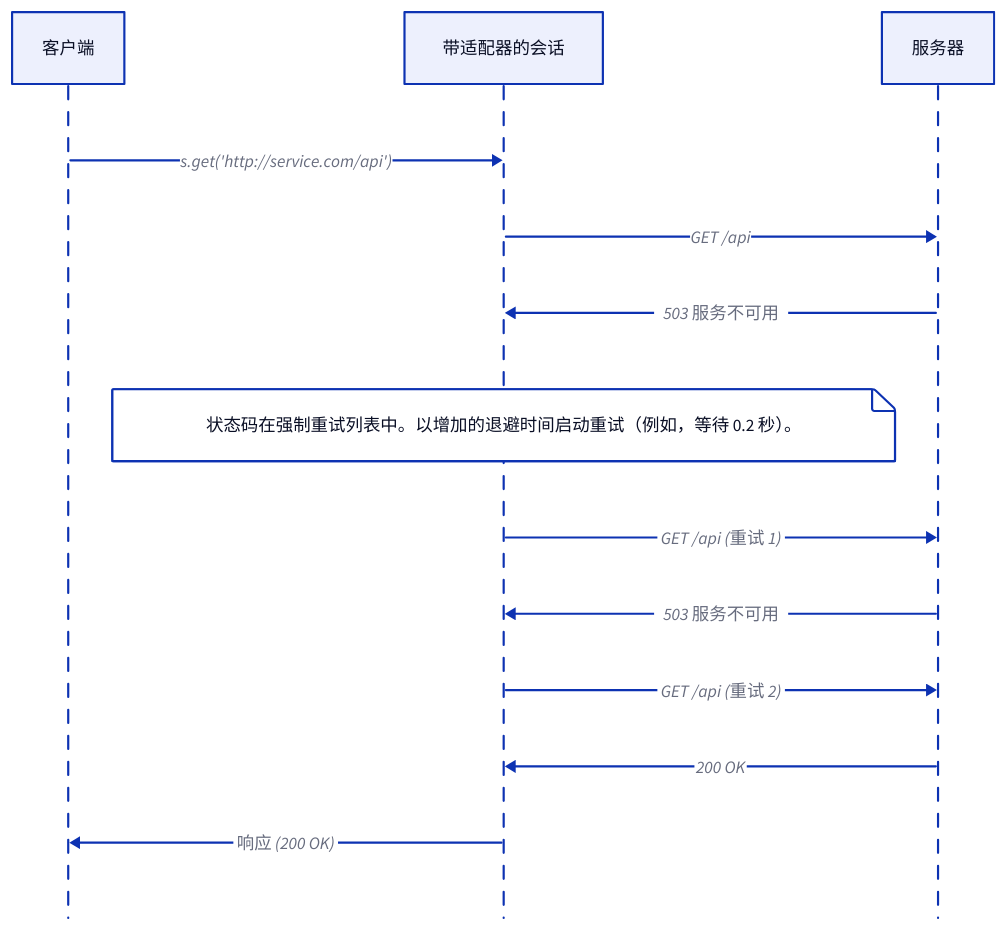
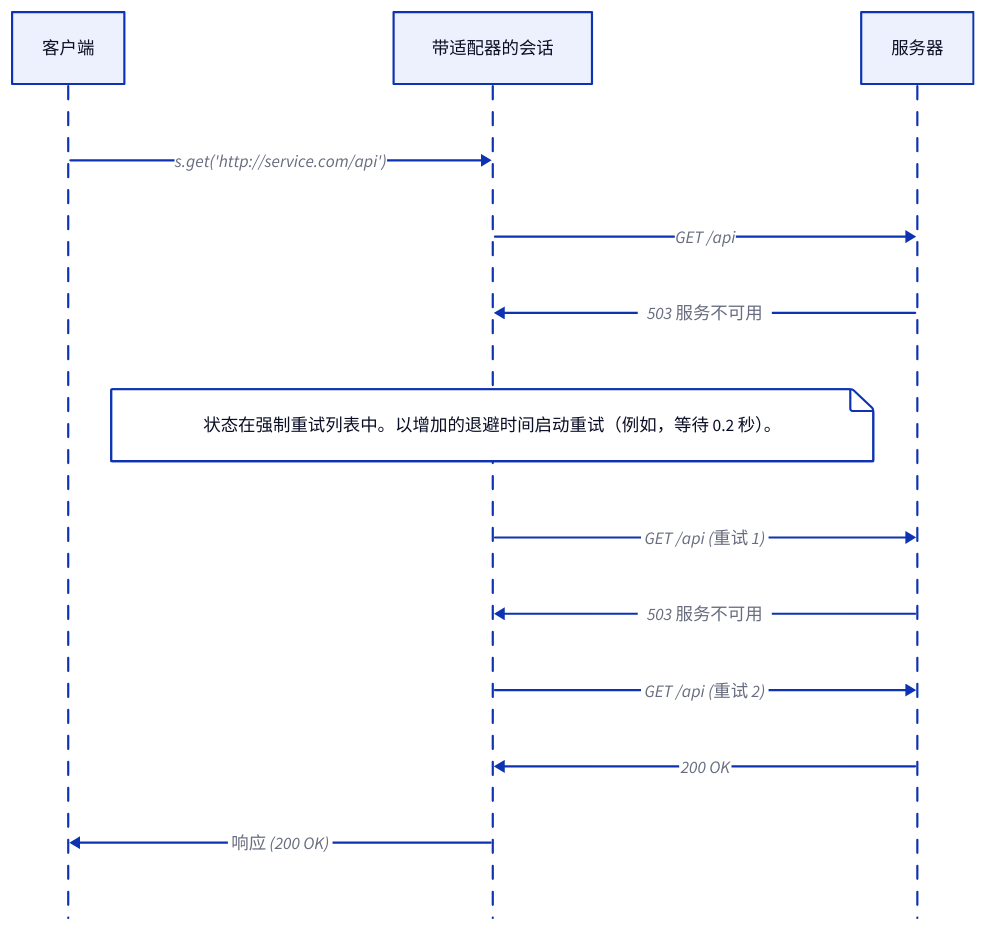
One commit to lban2049/requests changed the diagram in .aigne/doc-smith/docs/advanced-usage-timeouts-retries-proxies.zh.md. Above: the diagram before and after it, drawn with D2. The commit also changed other lines of this file and 31 other files, not shown here.

````diff
--- a/.aigne/doc-smith/docs/advanced-usage-timeouts-retries-proxies.zh.md
+++ b/.aigne/doc-smith/docs/advanced-usage-timeouts-retries-proxies.zh.md
@@ -99,26 +99,26 @@
 ```d2
 shape: sequence_diagram
 
 客户端
 "带适配器的会话"
 服务器
 
 客户端 -> "带适配器的会话": s.get('http://service.com/api')
 "带适配器的会话" -> 服务器: GET /api
 服务器 -> "带适配器的会话": 503 服务不可用
 
 "带适配器的会话": {
-  note: "状态码在强制重试列表中。以退避方式启动重试（例如，等待 0.1 秒）。"
+  note: "状态在强制重试列表中。以退避方式启动重试（例如，等待 0.1 秒）。"
 }
 
 "带适配器的会话" -> 服务器: GET /api (重试 1)
 服务器 -> "带适配器的会话": 503 服务不可用
 
 "带适配器的会话": {
-  note: "状态码在强制重试列表中。以增加的退避时间启动重试（例如，等待 0.2 秒）。"
+  note: "状态在强制重试列表中。以增加的退避时间启动重试（例如，等待 0.2 秒）。"
 }
 
 "带适配器的会话" -> 服务器: GET /api (重试 2)
 服务器 -> "带适配器的会话": 200 OK
 "带适配器的会话" -> 客户端: 响应 (200 OK)
 ```
````
